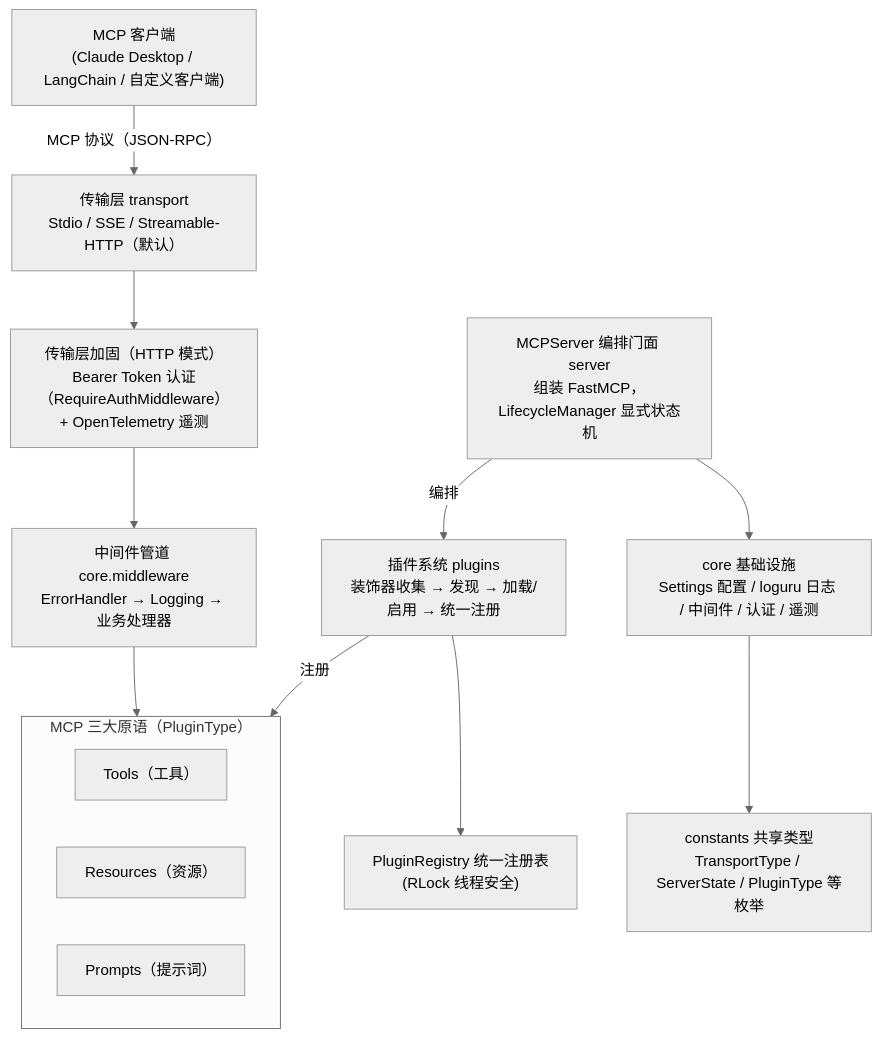
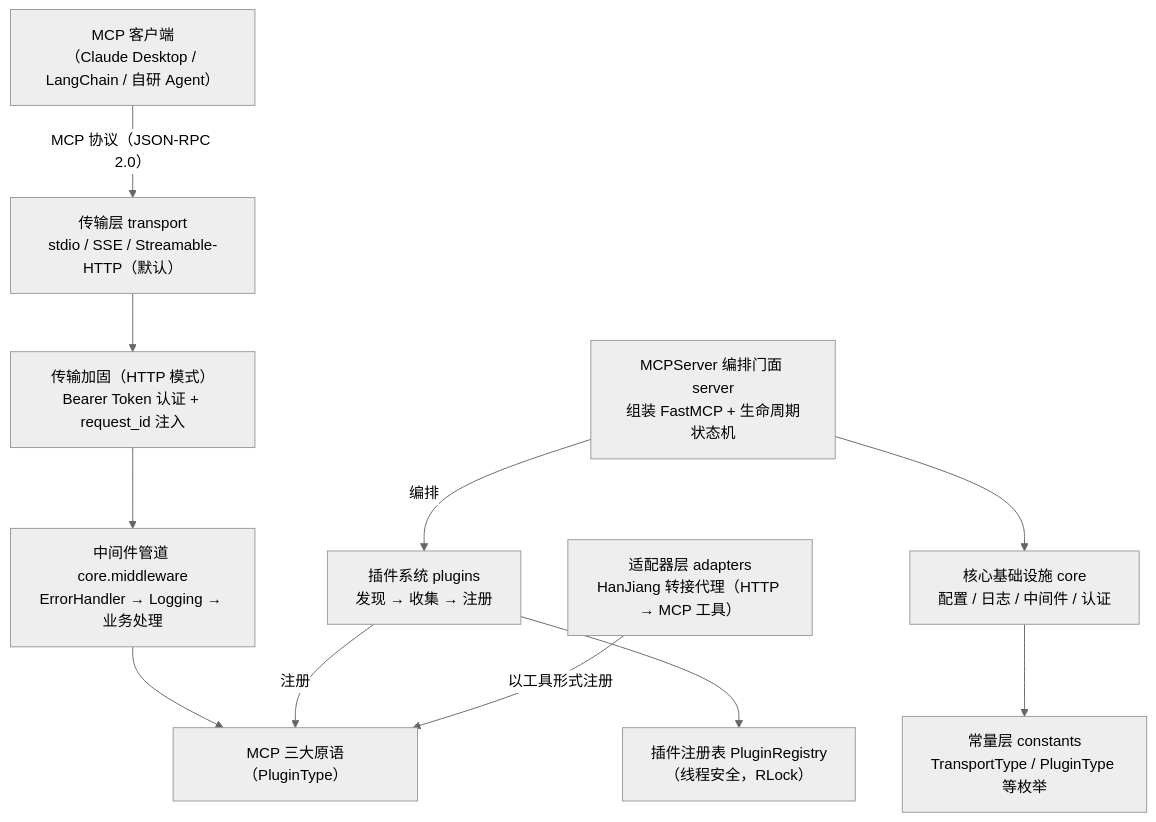
Before and after one commit to chain-engine/x-QiuChi: the first of 4 diagrams in README.md, drawn with Mermaid (neutral theme). The commit also changed other lines of this file and 15 other files, not shown here.

````diff
--- a/README.md
+++ b/README.md
@@ -466,28 +280,25 @@
 ```mermaid
 flowchart TD
-    A["MCP 客户端<br/>(Claude Desktop / LangChain / 自定义客户端)"]
-    B["传输层 transport<br/>Stdio / SSE / Streamable-HTTP（默认）"]
-    B1["传输层加固（HTTP 模式）<br/>Bearer Token 认证（RequireAuthMiddleware）+ OpenTelemetry 遥测"]
-    C["中间件管道 core.middleware<br/>ErrorHandler → Logging → 业务处理器"]
-    subgraph D["MCP 三大原语（PluginType）"]
-        direction LR
-        D1["Tools（工具）"]
-        D2["Resources（资源）"]
-        D3["Prompts（提示词）"]
-    end
-    E["插件系统 plugins<br/>装饰器收集 → 发现 → 加载/启用 → 统一注册"]
-    F["PluginRegistry 统一注册表<br/>(RLock 线程安全)"]
-    G["MCPServer 编排门面 server<br/>组装 FastMCP，LifecycleManager 显式状态机"]
-    H["core 基础设施<br/>Settings 配置 / loguru 日志 / 中间件 / 认证 / 遥测"]
-    I["constants 共享类型<br/>TransportType / ServerState / PluginType 等枚举"]
+    A["MCP 客户端<br/>（Claude Desktop / LangChain / 自研 Agent）"]
+    B["传输层 transport<br/>stdio / SSE / Streamable-HTTP（默认）"]
+    B1["传输加固（HTTP 模式）<br/>Bearer Token 认证 + request_id 注入"]
+    C["中间件管道 core.middleware<br/>ErrorHandler → Logging → 业务处理"]
+    D["MCP 三大原语（PluginType）"]
+    E["插件系统 plugins<br/>发现 → 收集 → 注册"]
+    F["插件注册表 PluginRegistry<br/>（线程安全，RLock）"]
+    G["MCPServer 编排门面 server<br/>组装 FastMCP + 生命周期状态机"]
+    H["核心基础设施 core<br/>配置 / 日志 / 中间件 / 认证"]
+    I["常量层 constants<br/>TransportType / PluginType 等枚举"]
+    J["适配器层 adapters<br/>HanJiang 转接代理（HTTP → MCP 工具）"]
 
-    A -->|"MCP 协议（JSON-RPC）"| B
+    A -->|"MCP 协议（JSON-RPC 2.0）"| B
     B --> B1
     B1 --> C
     C --> D
     E -->|"注册"| D
     E --> F
     G -->|"编排"| E
     G --> H
     H --> I
+    J -->|"以工具形式注册"| D
 ```
````
